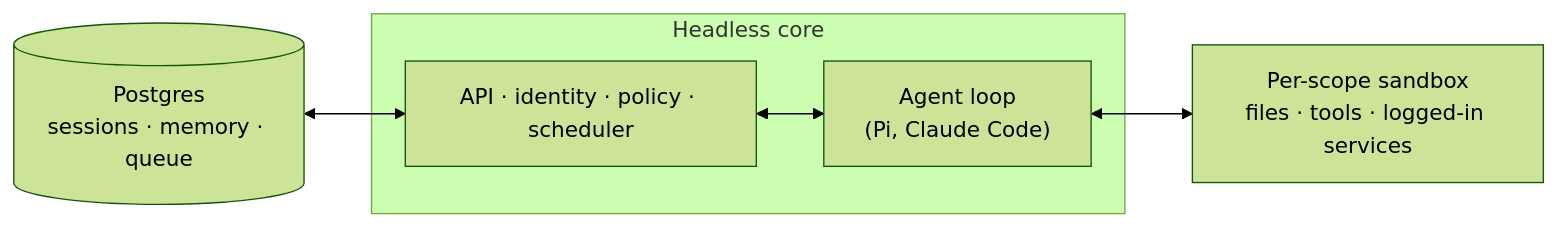
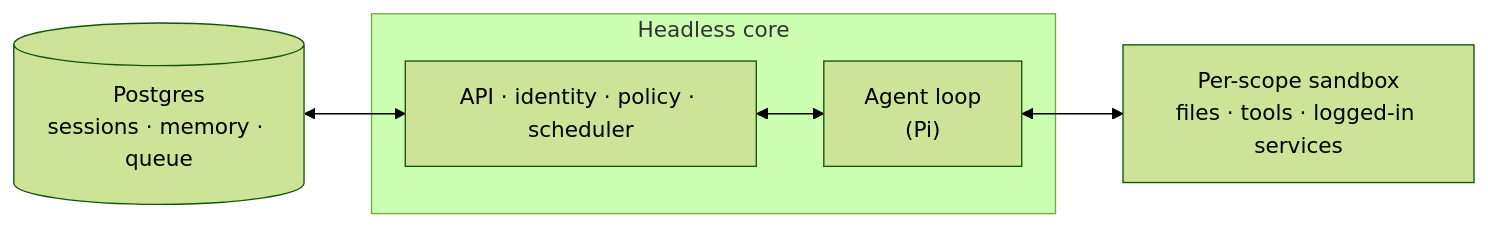
One commit to yc-software/qm changed the diagram in README.md. Above: the diagram before and after it, drawn with Mermaid (forest theme). The commit also changed other lines of this file and 224 other files, not shown here.

First line of the commit message:
Make Pi the only agent harness; serve Claude subscriptions through Pi

````diff
--- a/README.md
+++ b/README.md
@@ -66,15 +65,15 @@
 ```mermaid
 flowchart LR
   DB[("Postgres<br/>sessions · memory · queue")]
 
   subgraph CORE["Headless core"]
     API["API · identity · policy · scheduler"]
-    LOOP["Agent loop<br/>(Pi, Claude Code)"]
+    LOOP["Agent loop<br/>(Pi)"]
     API <--> LOOP
   end
 
   SBX["Per-scope sandbox<br/>files · tools · logged-in services"]
 
   DB <--> API
   LOOP <--> SBX
 ```
````
